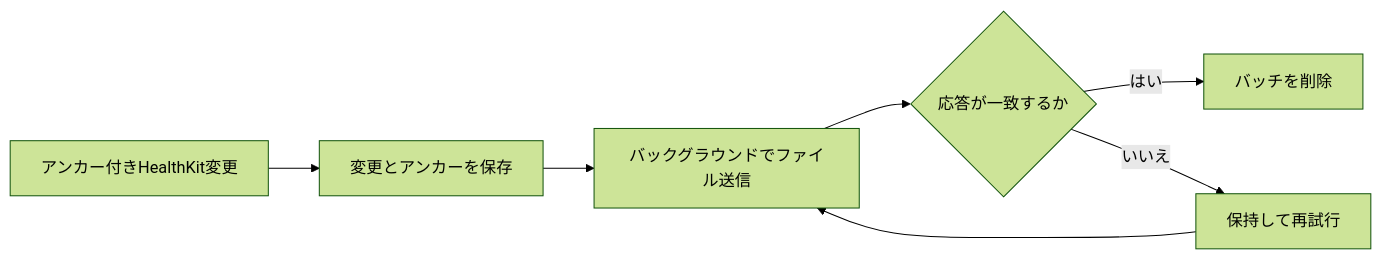
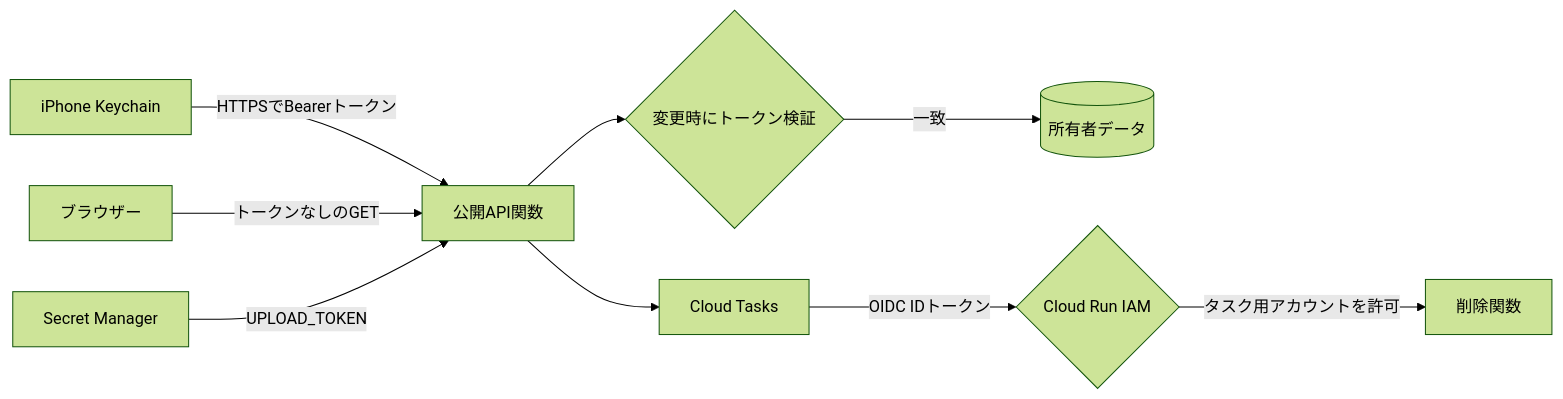
The third of 4 diagrams in tech-jp.md (jinyongnan810/Beatavue), drawn with Mermaid (forest theme) before and after one commit. The commit also changed other lines of this file and 1 other file, not shown here.

````diff
--- a/tech-jp.md
+++ b/tech-jp.md
@@ -44,9 +101,11 @@
 ```mermaid
 flowchart LR
-    Changes[アンカー付きHealthKit変更] --> Queue[変更とアンカーを保存]
-    Queue --> Upload[バックグラウンドでファイル送信]
-    Upload --> Ack{応答が一致するか}
-    Ack -->|はい| Remove[バッチを削除]
-    Ack -->|いいえ| Retry[保持して再試行]
-    Retry --> Upload
+    Keychain[iPhone Keychain] -->|HTTPSでBearerトークン| API[公開API関数]
+    Browser[ブラウザー] -->|トークンなしのGET| API
+    Secret[Secret Manager] -->|UPLOAD_TOKEN| API
+    API --> Check{変更時にトークン検証}
+    Check -->|一致| DB[(所有者データ)]
+    API --> Tasks[Cloud Tasks]
+    Tasks -->|OIDC IDトークン| IAM{Cloud Run IAM}
+    IAM -->|タスク用アカウントを許可| Worker[削除関数]
 ```
````
